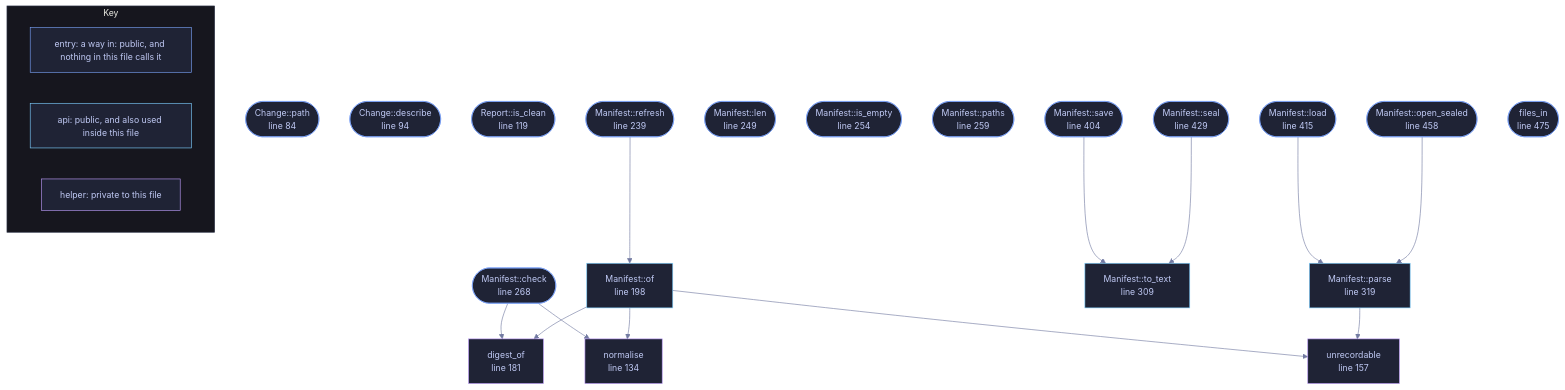
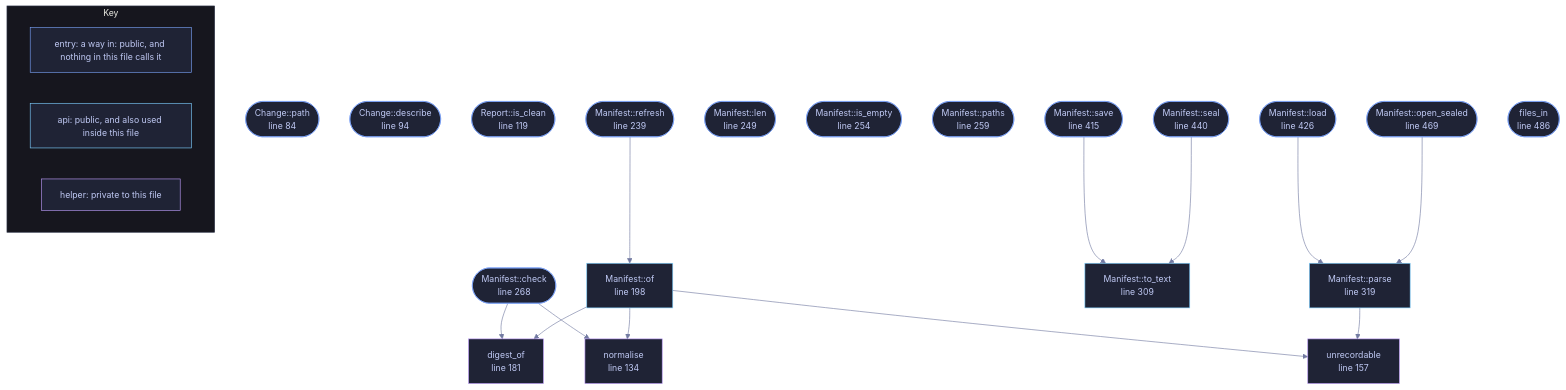
Before and after one commit to tilas01/veilvoice: the diagram in docs/files/veilvoice-guard/manifest.md, drawn with Mermaid. The commit also changed other lines of this file and 514 other files, not shown here.

````diff
--- a/docs/files/veilvoice-guard/manifest.md
+++ b/docs/files/veilvoice-guard/manifest.md
@@ -105,68 +105,68 @@
 ```mermaid
 %%{init: {"theme":"base","themeVariables":{"background":"#1a1b26","primaryColor":"#1f2335","primaryTextColor":"#c0caf5","primaryBorderColor":"#7aa2f7","secondaryColor":"#16161e","tertiaryColor":"#16161e","lineColor":"#737aa2","textColor":"#c0caf5","mainBkg":"#1f2335","nodeBorder":"#7aa2f7","clusterBkg":"#16161e","clusterBorder":"#2f3549","fontFamily":"ui-monospace, SFMono-Regular, Consolas, monospace","fontSize":"14px"}}}%%
 flowchart TD
     n_path(["Change::path<br/>line 84"])
     n_describe(["Change::describe<br/>line 94"])
     n_is_clean(["Report::is_clean<br/>line 119"])
     n_normalise["normalise<br/>line 134"]
     n_unrecordable["unrecordable<br/>line 157"]
     n_digest_of["digest_of<br/>line 181"]
     n_of["Manifest::of<br/>line 198"]
     n_refresh(["Manifest::refresh<br/>line 239"])
     n_len(["Manifest::len<br/>line 249"])
     n_is_empty(["Manifest::is_empty<br/>line 254"])
     n_paths(["Manifest::paths<br/>line 259"])
     n_check(["Manifest::check<br/>line 268"])
     n_to_text["Manifest::to_text<br/>line 309"]
     n_parse["Manifest::parse<br/>line 319"]
-    n_save(["Manifest::save<br/>line 404"])
-    n_load(["Manifest::load<br/>line 415"])
-    n_seal(["Manifest::seal<br/>line 429"])
-    n_open_sealed(["Manifest::open_sealed<br/>line 458"])
-    n_files_in(["files_in<br/>line 475"])
+    n_save(["Manifest::save<br/>line 415"])
+    n_load(["Manifest::load<br/>line 426"])
+    n_seal(["Manifest::seal<br/>line 440"])
+    n_open_sealed(["Manifest::open_sealed<br/>line 469"])
+    n_files_in(["files_in<br/>line 486"])
     n_check --> n_digest_of
     n_check --> n_normalise
     n_load --> n_parse
     n_of --> n_digest_of
     n_of --> n_normalise
     n_of --> n_unrecordable
     n_open_sealed --> n_parse
     n_parse --> n_unrecordable
     n_refresh --> n_of
     n_save --> n_to_text
     n_seal --> n_to_text
     click n_path href "https://github.com/tilas01/veilvoice/blob/main/crates/veilvoice-guard/src/manifest.rs#L84" "open the source"
     click n_describe href "https://github.com/tilas01/veilvoice/blob/main/crates/veilvoice-guard/src/manifest.rs#L94" "open the source"
     click n_is_clean href "https://github.com/tilas01/veilvoice/blob/main/crates/veilvoice-guard/src/manifest.rs#L119" "open the source"
     click n_normalise href "https://github.com/tilas01/veilvoice/blob/main/crates/veilvoice-guard/src/manifest.rs#L134" "open the source"
     click n_unrecordable href "https://github.com/tilas01/veilvoice/blob/main/crates/veilvoice-guard/src/manifest.rs#L157" "open the source"
     click n_digest_of href "https://github.com/tilas01/veilvoice/blob/main/crates/veilvoice-guard/src/manifest.rs#L181" "open the source"
     click n_of href "https://github.com/tilas01/veilvoice/blob/main/crates/veilvoice-guard/src/manifest.rs#L198" "open the source"
     click n_refresh href "https://github.com/tilas01/veilvoice/blob/main/crates/veilvoice-guard/src/manifest.rs#L239" "open the source"
     click n_len href "https://github.com/tilas01/veilvoice/blob/main/crates/veilvoice-guard/src/manifest.rs#L249" "open the source"
     click n_is_empty href "https://github.com/tilas01/veilvoice/blob/main/crates/veilvoice-guard/src/manifest.rs#L254" "open the source"
     click n_paths href "https://github.com/tilas01/veilvoice/blob/main/crates/veilvoice-guard/src/manifest.rs#L259" "open the source"
     click n_check href "https://github.com/tilas01/veilvoice/blob/main/crates/veilvoice-guard/src/manifest.rs#L268" "open the source"
     click n_to_text href "https://github.com/tilas01/veilvoice/blob/main/crates/veilvoice-guard/src/manifest.rs#L309" "open the source"
     click n_parse href "https://github.com/tilas01/veilvoice/blob/main/crates/veilvoice-guard/src/manifest.rs#L319" "open the source"
-    click n_save href "https://github.com/tilas01/veilvoice/blob/main/crates/veilvoice-guard/src/manifest.rs#L404" "open the source"
-    click n_load href "https://github.com/tilas01/veilvoice/blob/main/crates/veilvoice-guard/src/manifest.rs#L415" "open the source"
-    click n_seal href "https://github.com/tilas01/veilvoice/blob/main/crates/veilvoice-guard/src/manifest.rs#L429" "open the source"
-    click n_open_sealed href "https://github.com/tilas01/veilvoice/blob/main/crates/veilvoice-guard/src/manifest.rs#L458" "open the source"
-    click n_files_in href "https://github.com/tilas01/veilvoice/blob/main/crates/veilvoice-guard/src/manifest.rs#L475" "open the source"
+    click n_save href "https://github.com/tilas01/veilvoice/blob/main/crates/veilvoice-guard/src/manifest.rs#L415" "open the source"
+    click n_load href "https://github.com/tilas01/veilvoice/blob/main/crates/veilvoice-guard/src/manifest.rs#L426" "open the source"
+    click n_seal href "https://github.com/tilas01/veilvoice/blob/main/crates/veilvoice-guard/src/manifest.rs#L440" "open the source"
+    click n_open_sealed href "https://github.com/tilas01/veilvoice/blob/main/crates/veilvoice-guard/src/manifest.rs#L469" "open the source"
+    click n_files_in href "https://github.com/tilas01/veilvoice/blob/main/crates/veilvoice-guard/src/manifest.rs#L486" "open the source"
     classDef entry fill:#1f2335,stroke:#7aa2f7,color:#c0caf5
     class n_path,n_describe,n_is_clean,n_refresh,n_len,n_is_empty,n_paths,n_check,n_save,n_load,n_seal,n_open_sealed,n_files_in entry
     classDef api fill:#1f2335,stroke:#7dcfff,color:#c0caf5
     class n_of,n_to_text,n_parse api
     classDef helper fill:#1f2335,stroke:#bb9af7,color:#c0caf5
     class n_normalise,n_unrecordable,n_digest_of helper
     subgraph chart_key ["Key"]
         direction LR
         key_entry["entry: a way in: public, and nothing in this file calls it"]
         key_api["api: public, and also used inside this file"]
         key_helper["helper: private to this file"]
     end
     class key_entry entry
     class key_api api
     class key_helper helper
 ```
````
